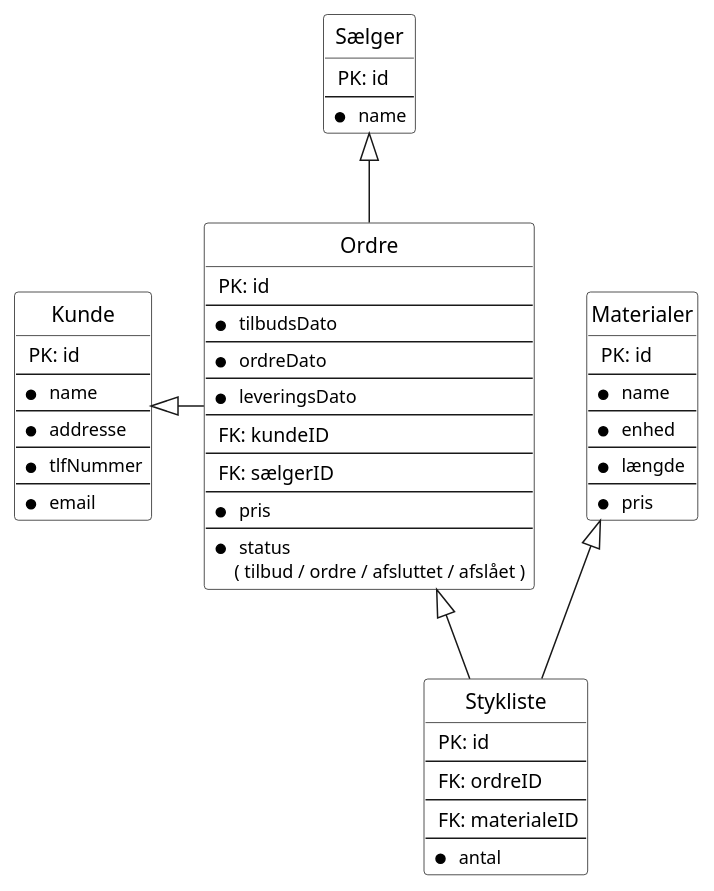
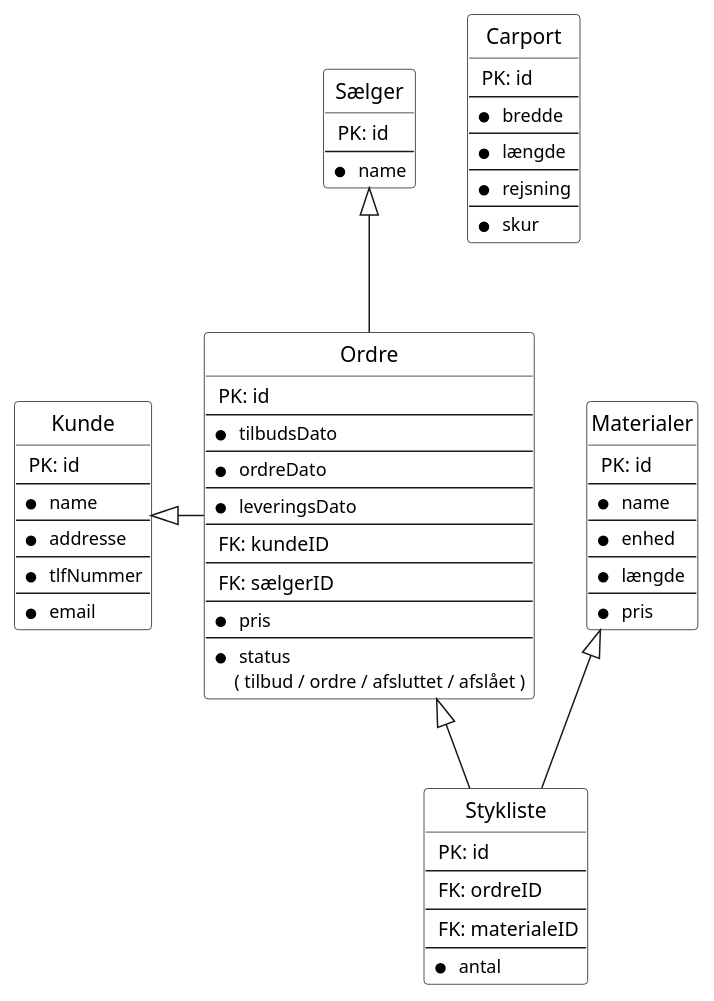
Before and after one commit to kalhauge/Fog: the diagram in src/main/Diagrammer/ER.puml, drawn with PlantUML. The commit also changed 3 other files, not shown here.

```diff
--- a/src/main/Diagrammer/ER.puml
+++ b/src/main/Diagrammer/ER.puml
@@ -1,71 +1,83 @@
 @startuml
 
 skinparam wrapWidth 300
 
 hide circle
 hide empty members
 
 entity Kunde #White {
    <size:13> PK: id
    --
    * <size:12> name
    --
    * <size:12> addresse
    --
    * <size:12> tlfNummer
    --
    * <size:12> email
+}
+
+entity Carport #White {
+   <size:13> PK: id
+   --
+   * <size:12> bredde
+   --
+   * <size:12> længde
+   --
+   * <size:12> rejsning
+   --
+   * <size:12> skur
 }
 
 entity Ordre  #White {
    <size:13> PK: id
    --
    * <size:12> tilbudsDato
    --
    * <size:12> ordreDato
    --
    * <size:12> leveringsDato
    --
    <size:13> FK: kundeID
    --
    <size:13> FK: sælgerID
    --
    * <size:12> pris
    --
    * <size:12> status
     <size:12>( tilbud / ordre / afsluttet / afslået )
 }
 
 entity Materialer #White {
    <size:13> PK: id
    --
    * <size:12> name
    --
    * <size:12> enhed
    --
    * <size:12> længde
    --
    * <size:12> pris
 }
 
 entity Stykliste #White {
       <size:13> PK: id
    --
   <size:13> FK: ordreID
    --
    <size:13> FK: materialeID
    --
    * <size:12> antal
 }
 
 entity Sælger #White {
    <size:13> PK: id
    --
    * <size:12> name
 }
 
 Ordre <|-- Stykliste
 Materialer <|-- Stykliste
 Kunde <|- Ordre
 Sælger <|-- Ordre
 @enduml
```
